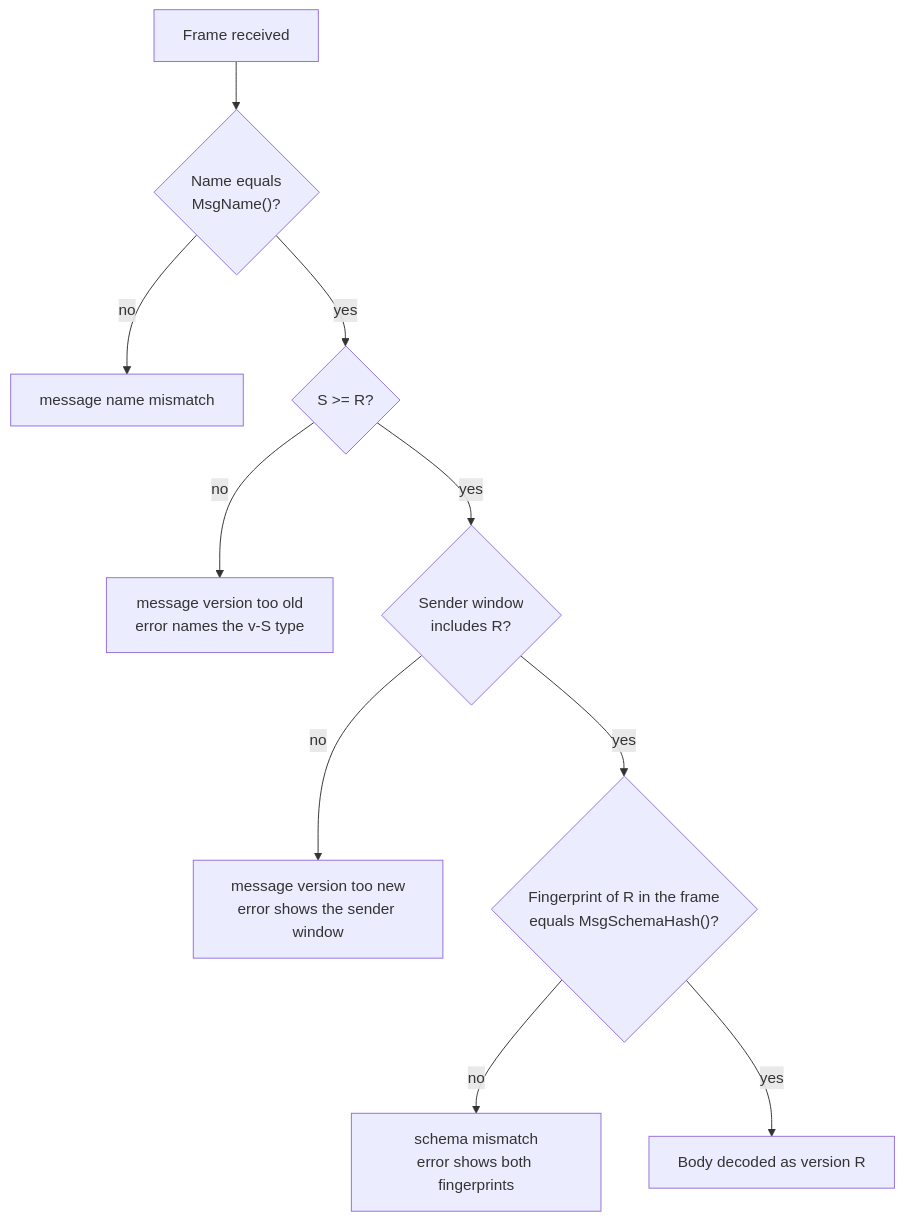
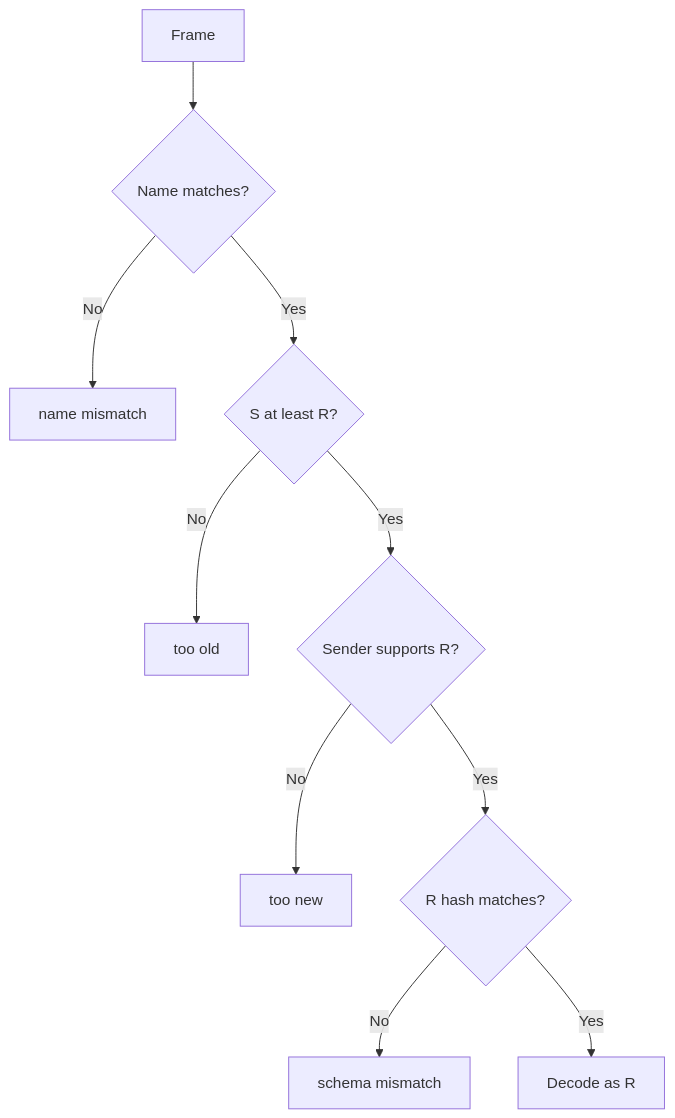
Before and after one commit to splendidz/protaco: the first of 5 diagrams in README.md, drawn with Mermaid. The commit also changed other lines of this file and 107 other files, not shown here.

````diff
--- a/README.md
+++ b/README.md
@@ -422,12 +516,12 @@
 ```mermaid
 flowchart TD
-    F["Frame received"] --> N{"Name equals<br/>MsgName()?"}
-    N -- no --> E1["message name mismatch"]
-    N -- yes --> V{"S >= R?"}
-    V -- no --> E2["message version too old<br/>error names the v-S type"]
-    V -- yes --> W{"Sender window<br/>includes R?"}
-    W -- no --> E3["message version too new<br/>error shows the sender window"]
-    W -- yes --> H{"Fingerprint of R in the frame<br/>equals MsgSchemaHash()?"}
-    H -- no --> E4["schema mismatch<br/>error shows both fingerprints"]
-    H -- yes --> D["Body decoded as version R"]
+    A["Frame"] --> B{"Name matches?"}
+    B -- No --> E1["name mismatch"]
+    B -- Yes --> C{"S at least R?"}
+    C -- No --> E2["too old"]
+    C -- Yes --> D{"Sender supports R?"}
+    D -- No --> E3["too new"]
+    D -- Yes --> H{"R hash matches?"}
+    H -- No --> E4["schema mismatch"]
+    H -- Yes --> F["Decode as R"]
 ```
````
